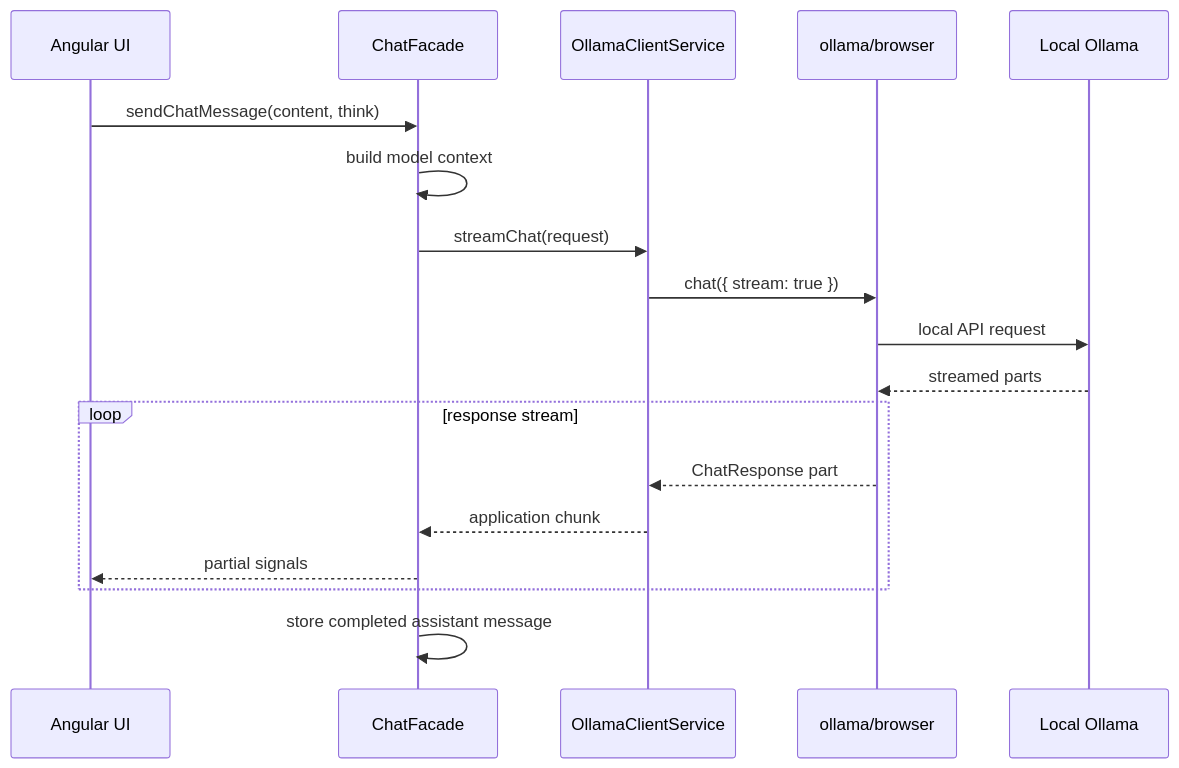
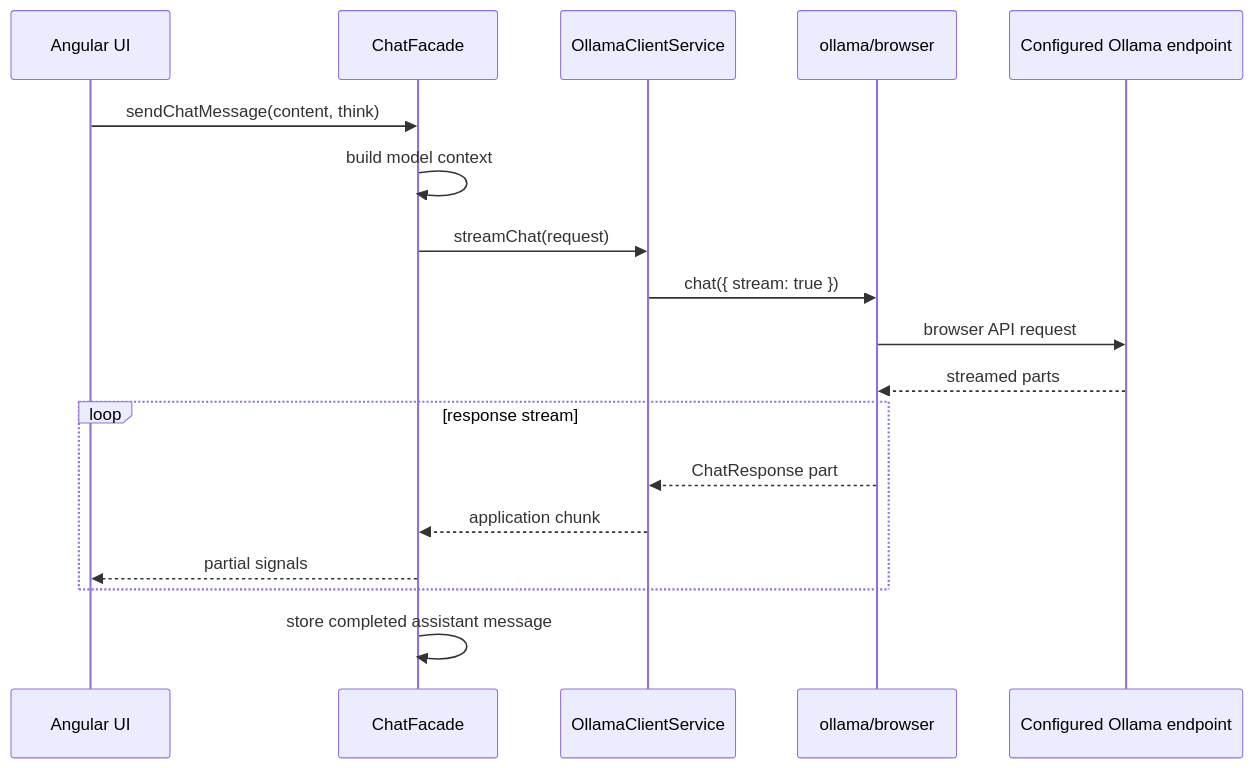
Before and after one commit to kereszteszsolt/local-nook-ai: the diagram in docs/ollama-integration.md, drawn with Mermaid. The commit also changed other lines of this file and 13 other files, not shown here.

````diff
--- a/docs/ollama-integration.md
+++ b/docs/ollama-integration.md
@@ -7,21 +7,21 @@
 ```mermaid
 sequenceDiagram
     participant UI as Angular UI
     participant F as ChatFacade
     participant A as OllamaClientService
     participant S as ollama/browser
-    participant O as Local Ollama
+    participant O as Configured Ollama endpoint
 
     UI->>F: sendChatMessage(content, think)
     F->>F: build model context
     F->>A: streamChat(request)
     A->>S: chat({ stream: true })
-    S->>O: local API request
+    S->>O: browser API request
     O-->>S: streamed parts
     loop response stream
       S-->>A: ChatResponse part
       A-->>F: application chunk
       F-->>UI: partial signals
     end
     F->>F: store completed assistant message
 ```
````
